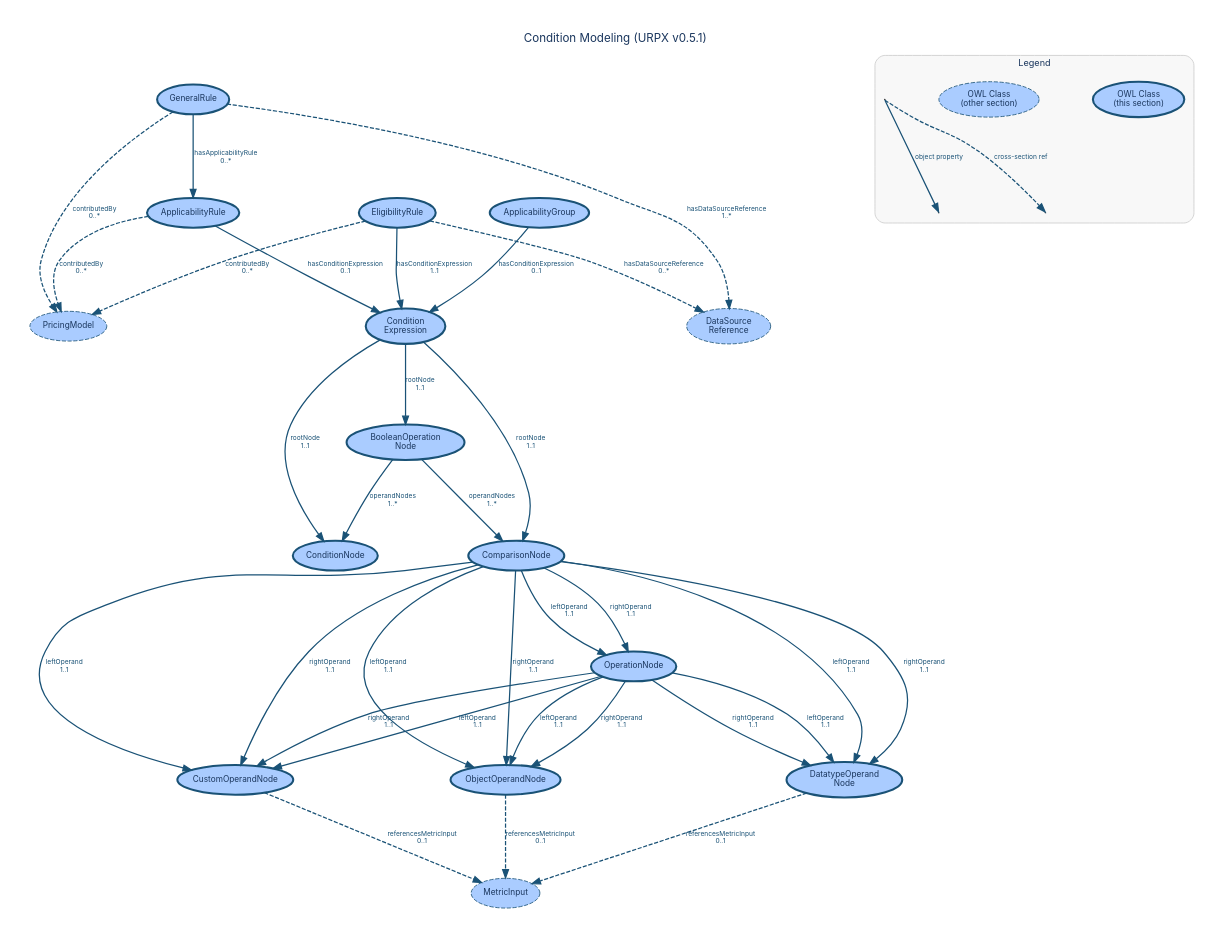
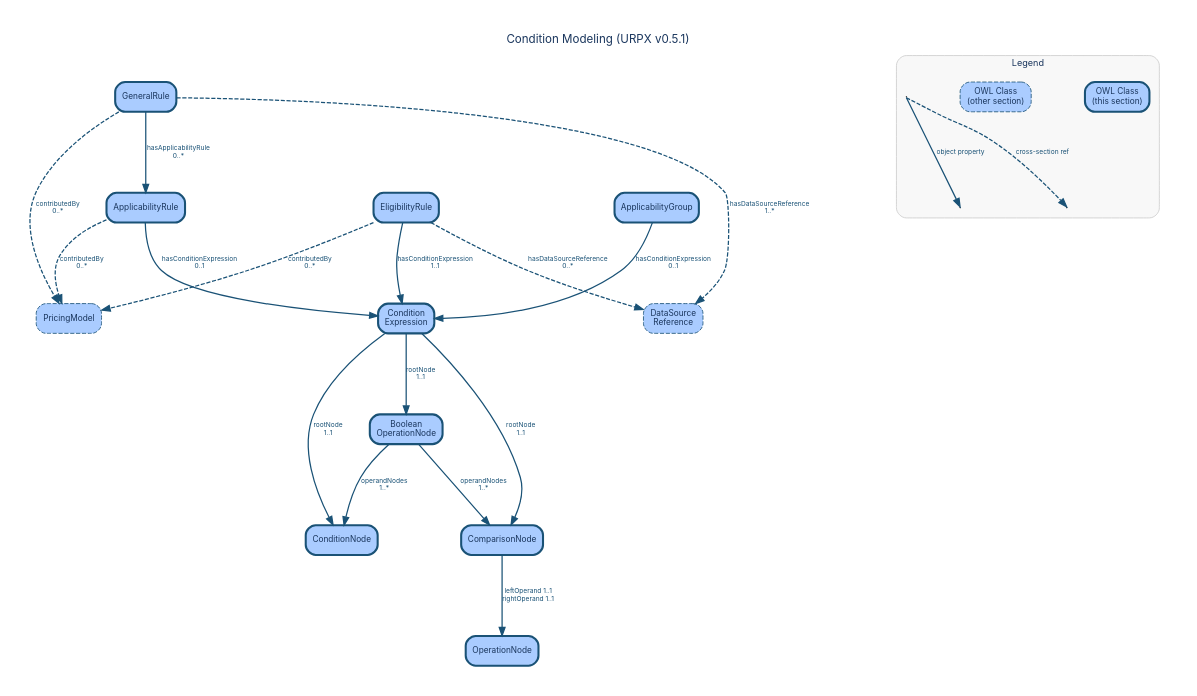
The diagram in documentation/diagrams/dictionary/condition-modeling.dot (urpx-org/urpx), drawn with Graphviz before and after one commit. The commit also changed 43 other files, not shown here.

```diff
--- a/documentation/diagrams/dictionary/condition-modeling.dot
+++ b/documentation/diagrams/dictionary/condition-modeling.dot
@@ -1,193 +1,129 @@
 digraph "Condition Modeling" {
     rankdir=TB;
     bgcolor="white";
     pad=0.4;
     nodesep=0.9;
     ranksep=1.1;
     start=42;
     fontname="Inter, Helvetica, Arial, sans-serif";
     label="Condition Modeling (URPX v0.5.1)";
     labelloc="t";
     fontsize=14;
     fontcolor="#1a365d";
     node [fontname="Inter, Helvetica, Arial, sans-serif", fontsize=10, style=filled, fontcolor="#1a365d"];
     edge [fontname="Inter, Helvetica, Arial, sans-serif", fontsize=8, fontcolor="#1a365d"];
 
     // Section classes
     EligibilityRule [
         label="EligibilityRule"
-        shape=ellipse, fillcolor="#aaccff", color="#1a5276", penwidth=2.5
+        shape=box, style="filled,rounded", fillcolor="#aaccff", color="#1a5276", penwidth=2.5
     ];
     ApplicabilityRule [
         label="ApplicabilityRule"
-        shape=ellipse, fillcolor="#aaccff", color="#1a5276", penwidth=2.5
+        shape=box, style="filled,rounded", fillcolor="#aaccff", color="#1a5276", penwidth=2.5
     ];
     ApplicabilityGroup [
         label="ApplicabilityGroup"
-        shape=ellipse, fillcolor="#aaccff", color="#1a5276", penwidth=2.5
+        shape=box, style="filled,rounded", fillcolor="#aaccff", color="#1a5276", penwidth=2.5
     ];
     ConditionExpression [
         label="Condition\nExpression"
-        shape=ellipse, fillcolor="#aaccff", color="#1a5276", penwidth=2.5
+        shape=box, style="filled,rounded", fillcolor="#aaccff", color="#1a5276", penwidth=2.5
     ];
     ConditionNode [
         label="ConditionNode"
-        shape=ellipse, fillcolor="#aaccff", color="#1a5276", penwidth=2.5
+        shape=box, style="filled,rounded", fillcolor="#aaccff", color="#1a5276", penwidth=2.5
     ];
     BooleanOperationNode [
-        label="BooleanOperation\nNode"
-        shape=ellipse, fillcolor="#aaccff", color="#1a5276", penwidth=2.5
+        label="Boolean\nOperationNode"
+        shape=box, style="filled,rounded", fillcolor="#aaccff", color="#1a5276", penwidth=2.5
     ];
     ComparisonNode [
         label="ComparisonNode"
-        shape=ellipse, fillcolor="#aaccff", color="#1a5276", penwidth=2.5
+        shape=box, style="filled,rounded", fillcolor="#aaccff", color="#1a5276", penwidth=2.5
     ];
     OperationNode [
         label="OperationNode"
-        shape=ellipse, fillcolor="#aaccff", color="#1a5276", penwidth=2.5
-    ];
-    CustomOperandNode [
-        label="CustomOperandNode"
-        shape=ellipse, fillcolor="#aaccff", color="#1a5276", penwidth=2.5
-    ];
-    DatatypeOperandNode [
-        label="DatatypeOperand\nNode"
-        shape=ellipse, fillcolor="#aaccff", color="#1a5276", penwidth=2.5
-    ];
-    ObjectOperandNode [
-        label="ObjectOperandNode"
-        shape=ellipse, fillcolor="#aaccff", color="#1a5276", penwidth=2.5
+        shape=box, style="filled,rounded", fillcolor="#aaccff", color="#1a5276", penwidth=2.5
     ];
     GeneralRule [
         label="GeneralRule"
-        shape=ellipse, fillcolor="#aaccff", color="#1a5276", penwidth=2.5
+        shape=box, style="filled,rounded", fillcolor="#aaccff", color="#1a5276", penwidth=2.5
     ];
 
     // Cross-section references
     DataSourceReference [
         label="DataSource\nReference"
-        shape=ellipse, fillcolor="#aaccff", color="#1a5276", penwidth=1, style="filled,dashed"
-    ];
-    MetricInput [
-        label="MetricInput"
-        shape=ellipse, fillcolor="#aaccff", color="#1a5276", penwidth=1, style="filled,dashed"
+        shape=box, fillcolor="#aaccff", color="#1a5276", penwidth=1, style="filled,rounded,dashed"
     ];
     PricingModel [
         label="PricingModel"
-        shape=ellipse, fillcolor="#aaccff", color="#1a5276", penwidth=1, style="filled,dashed"
+        shape=box, fillcolor="#aaccff", color="#1a5276", penwidth=1, style="filled,rounded,dashed"
     ];
 
     // Object property edges
     EligibilityRule -> PricingModel [
         label="contributedBy\n0..*", style=dashed, color="#1a5276", fontcolor="#1a5276", penwidth=1.5
     ];
     EligibilityRule -> ConditionExpression [
         label="hasConditionExpression\n1..1", color="#1a5276", fontcolor="#1a5276", penwidth=1.5
     ];
     EligibilityRule -> DataSourceReference [
         label="hasDataSourceReference\n0..*", style=dashed, color="#1a5276", fontcolor="#1a5276", penwidth=1.5
     ];
     ApplicabilityRule -> PricingModel [
         label="contributedBy\n0..*", style=dashed, color="#1a5276", fontcolor="#1a5276", penwidth=1.5
     ];
     ApplicabilityRule -> ConditionExpression [
         label="hasConditionExpression\n0..1", color="#1a5276", fontcolor="#1a5276", penwidth=1.5
     ];
     ApplicabilityGroup -> ConditionExpression [
         label="hasConditionExpression\n0..1", color="#1a5276", fontcolor="#1a5276", penwidth=1.5
     ];
     ConditionExpression -> ConditionNode [
         label="rootNode\n1..1", color="#1a5276", fontcolor="#1a5276", penwidth=1.5
     ];
     ConditionExpression -> ComparisonNode [
         label="rootNode\n1..1", color="#1a5276", fontcolor="#1a5276", penwidth=1.5
     ];
     ConditionExpression -> BooleanOperationNode [
         label="rootNode\n1..1", color="#1a5276", fontcolor="#1a5276", penwidth=1.5
     ];
     BooleanOperationNode -> ConditionNode [
         label="operandNodes\n1..*", color="#1a5276", fontcolor="#1a5276", penwidth=1.5
     ];
     BooleanOperationNode -> ComparisonNode [
         label="operandNodes\n1..*", color="#1a5276", fontcolor="#1a5276", penwidth=1.5
     ];
-    ComparisonNode -> DatatypeOperandNode [
-        label="leftOperand\n1..1", color="#1a5276", fontcolor="#1a5276", penwidth=1.5
-    ];
-    ComparisonNode -> ObjectOperandNode [
-        label="leftOperand\n1..1", color="#1a5276", fontcolor="#1a5276", penwidth=1.5
-    ];
-    ComparisonNode -> CustomOperandNode [
-        label="leftOperand\n1..1", color="#1a5276", fontcolor="#1a5276", penwidth=1.5
-    ];
     ComparisonNode -> OperationNode [
-        label="leftOperand\n1..1", color="#1a5276", fontcolor="#1a5276", penwidth=1.5
-    ];
-    ComparisonNode -> DatatypeOperandNode [
-        label="rightOperand\n1..1", color="#1a5276", fontcolor="#1a5276", penwidth=1.5
-    ];
-    ComparisonNode -> ObjectOperandNode [
-        label="rightOperand\n1..1", color="#1a5276", fontcolor="#1a5276", penwidth=1.5
-    ];
-    ComparisonNode -> CustomOperandNode [
-        label="rightOperand\n1..1", color="#1a5276", fontcolor="#1a5276", penwidth=1.5
-    ];
-    ComparisonNode -> OperationNode [
-        label="rightOperand\n1..1", color="#1a5276", fontcolor="#1a5276", penwidth=1.5
-    ];
-    OperationNode -> DatatypeOperandNode [
-        label="leftOperand\n1..1", color="#1a5276", fontcolor="#1a5276", penwidth=1.5
-    ];
-    OperationNode -> ObjectOperandNode [
-        label="leftOperand\n1..1", color="#1a5276", fontcolor="#1a5276", penwidth=1.5
-    ];
-    OperationNode -> CustomOperandNode [
-        label="leftOperand\n1..1", color="#1a5276", fontcolor="#1a5276", penwidth=1.5
-    ];
-    OperationNode -> DatatypeOperandNode [
-        label="rightOperand\n1..1", color="#1a5276", fontcolor="#1a5276", penwidth=1.5
-    ];
-    OperationNode -> ObjectOperandNode [
-        label="rightOperand\n1..1", color="#1a5276", fontcolor="#1a5276", penwidth=1.5
-    ];
-    OperationNode -> CustomOperandNode [
-        label="rightOperand\n1..1", color="#1a5276", fontcolor="#1a5276", penwidth=1.5
-    ];
-    CustomOperandNode -> MetricInput [
-        label="referencesMetricInput\n0..1", style=dashed, color="#1a5276", fontcolor="#1a5276", penwidth=1.5
-    ];
-    DatatypeOperandNode -> MetricInput [
-        label="referencesMetricInput\n0..1", style=dashed, color="#1a5276", fontcolor="#1a5276", penwidth=1.5
-    ];
-    ObjectOperandNode -> MetricInput [
-        label="referencesMetricInput\n0..1", style=dashed, color="#1a5276", fontcolor="#1a5276", penwidth=1.5
+        label="leftOperand 1..1\nrightOperand 1..1", color="#1a5276", fontcolor="#1a5276", penwidth=1.5
     ];
     GeneralRule -> PricingModel [
         label="contributedBy\n0..*", style=dashed, color="#1a5276", fontcolor="#1a5276", penwidth=1.5
     ];
     GeneralRule -> ApplicabilityRule [
         label="hasApplicabilityRule\n0..*", color="#1a5276", fontcolor="#1a5276", penwidth=1.5
     ];
     GeneralRule -> DataSourceReference [
         label="hasDataSourceReference\n1..*", style=dashed, color="#1a5276", fontcolor="#1a5276", penwidth=1.5
     ];
 
     subgraph cluster_legend {
         label="Legend";
         fontname="Inter, Helvetica, Arial, sans-serif";
         fontsize=11;
         fontcolor="#1a365d";
         style=rounded;
         color="#cccccc";
         bgcolor="#f8f8f8";
         margin=12;
 
-        leg_class [label="OWL Class\n(this section)", shape=ellipse, fillcolor="#aaccff", color="#1a5276", penwidth=2.5];
-        leg_xref [label="OWL Class\n(other section)", shape=ellipse, fillcolor="#aaccff", color="#1a5276", penwidth=1, style="filled,dashed"];
+        leg_class [label="OWL Class\n(this section)", shape=box, style="filled,rounded", fillcolor="#aaccff", color="#1a5276", penwidth=2.5];
+        leg_xref [label="OWL Class\n(other section)", shape=box, fillcolor="#aaccff", color="#1a5276", penwidth=1, style="filled,rounded,dashed"];
         leg_src [label=" ", shape=point, width=0.01];
         leg_tgt1 [label=" ", shape=point, width=0.01];
         leg_src -> leg_tgt1 [label="object property", color="#1a5276", fontcolor="#1a5276", penwidth=1.5];
         leg_tgt2 [label=" ", shape=point, width=0.01];
         leg_src -> leg_tgt2 [label="cross-section ref", style=dashed, color="#1a5276", fontcolor="#1a5276", penwidth=1.5];
     }
 }
```
